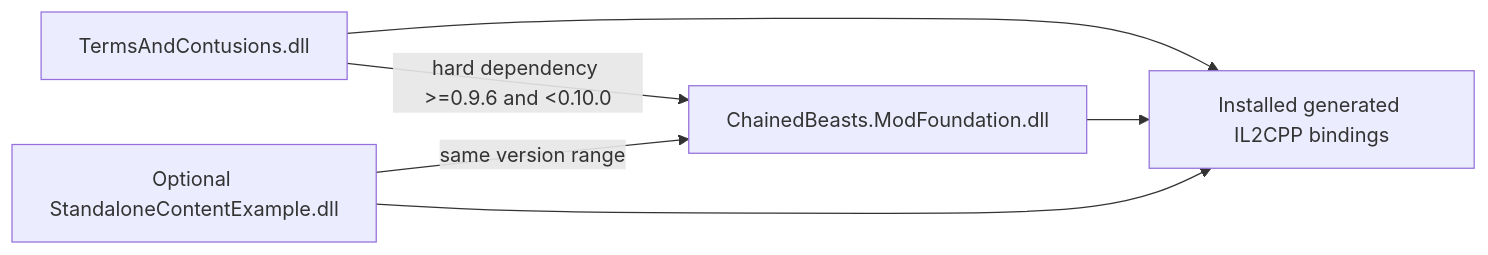
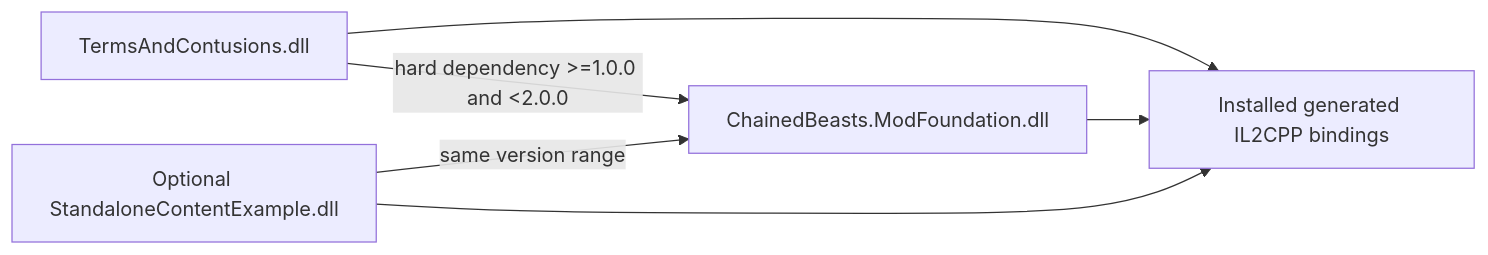
Before and after one commit to Krrrrrrk/chained-beasts-mod-foundation: the diagram in docs/foundation/ARCHITECTURE.md, drawn with Mermaid. The commit also changed 33 other files, not shown here.

````diff
--- a/docs/foundation/ARCHITECTURE.md
+++ b/docs/foundation/ARCHITECTURE.md
@@ -5,8 +5,8 @@
 ```mermaid
 flowchart LR
-    Pack[TermsAndContusions.dll] -->|hard dependency >=0.9.6 and <0.10.0| Foundation[ChainedBeasts.ModFoundation.dll]
+    Pack[TermsAndContusions.dll] -->|hard dependency >=1.0.0 and <2.0.0| Foundation[ChainedBeasts.ModFoundation.dll]
     Example[Optional StandaloneContentExample.dll] -->|same version range| Foundation
     Pack --> Game[Installed generated IL2CPP bindings]
     Foundation --> Game
     Example --> Game
 ```
````
